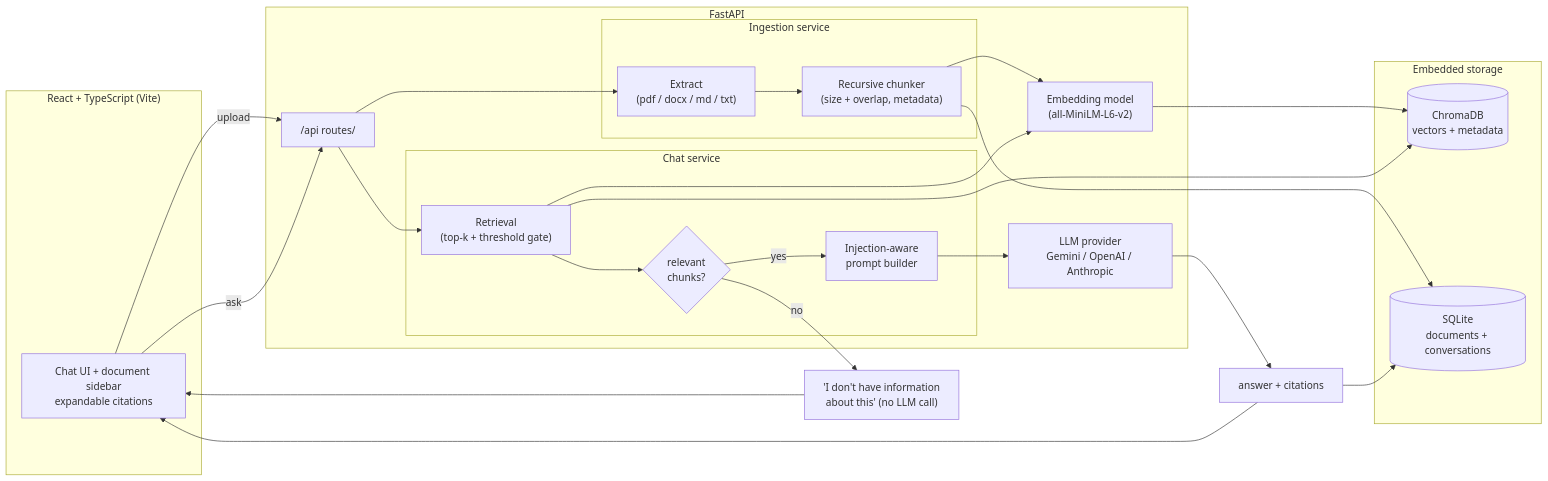
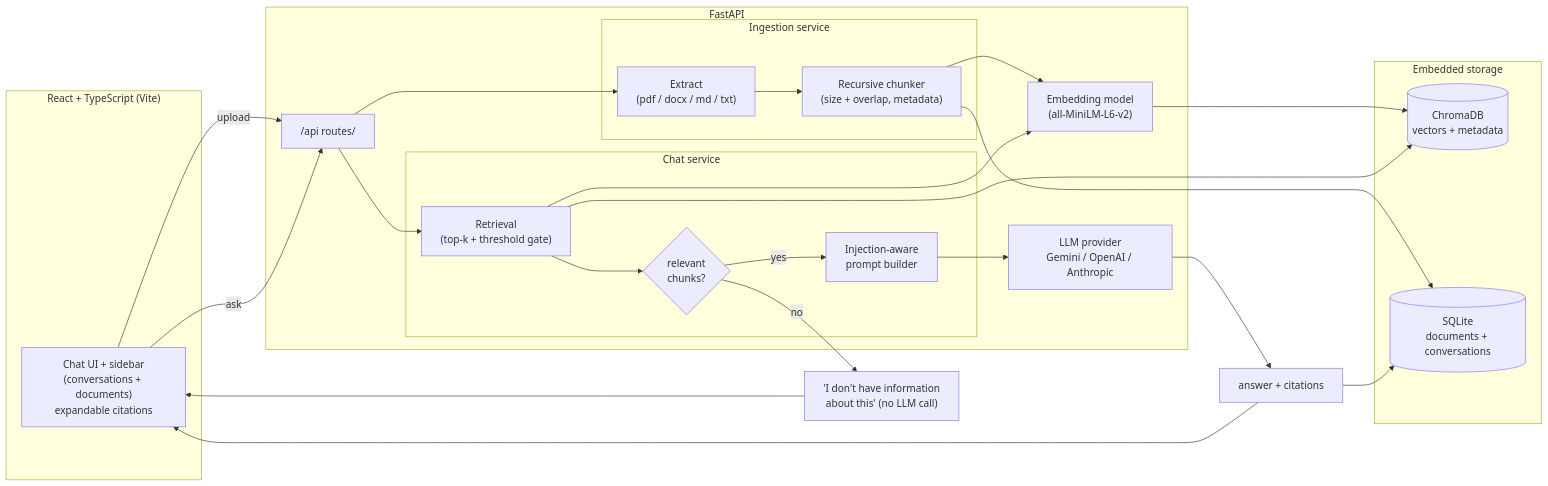
Before and after one commit to EnesSenyurt/DocuMind: the diagram in README.md, drawn with Mermaid. The commit also changed other lines of this file and 11 other files, not shown here.

````diff
--- a/README.md
+++ b/README.md
@@ -16,37 +27,37 @@
 ```mermaid
 flowchart LR
     subgraph Frontend["React + TypeScript (Vite)"]
-        UI["Chat UI + document sidebar<br/>expandable citations"]
+        UI["Chat UI + sidebar<br/>(conversations + documents)<br/>expandable citations"]
     end
 
     subgraph Backend["FastAPI"]
         API["/api routes/"]
         subgraph Ingestion["Ingestion service"]
             EX["Extract<br/>(pdf / docx / md / txt)"]
             CH["Recursive chunker<br/>(size + overlap, metadata)"]
         end
         subgraph Chat["Chat service"]
             RET["Retrieval<br/>(top-k + threshold gate)"]
             GUARD{"relevant<br/>chunks?"}
             PROMPT["Injection-aware<br/>prompt builder"]
         end
         EMB["Embedding model<br/>(all-MiniLM-L6-v2)"]
         LLM["LLM provider<br/>Gemini / OpenAI / Anthropic"]
     end
 
     subgraph Storage["Embedded storage"]
         VDB[("ChromaDB<br/>vectors + metadata")]
         SQL[("SQLite<br/>documents + conversations")]
     end
 
     UI -->|upload| API --> EX --> CH --> EMB --> VDB
     CH --> SQL
     UI -->|ask| API --> RET --> GUARD
     RET --> EMB
     RET --> VDB
     GUARD -->|no| REFUSE["'I don't have information<br/>about this' (no LLM call)"]
     GUARD -->|yes| PROMPT --> LLM --> ANS["answer + citations"]
     ANS --> SQL
     ANS --> UI
     REFUSE --> UI
 ```
````
